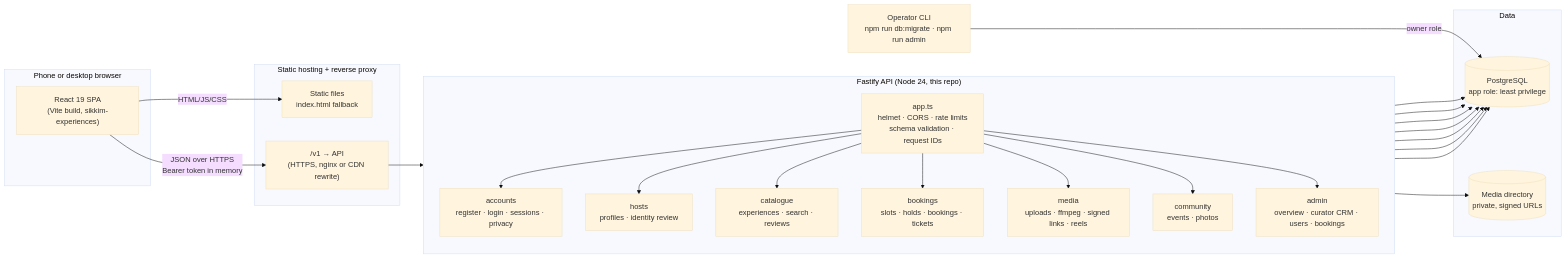
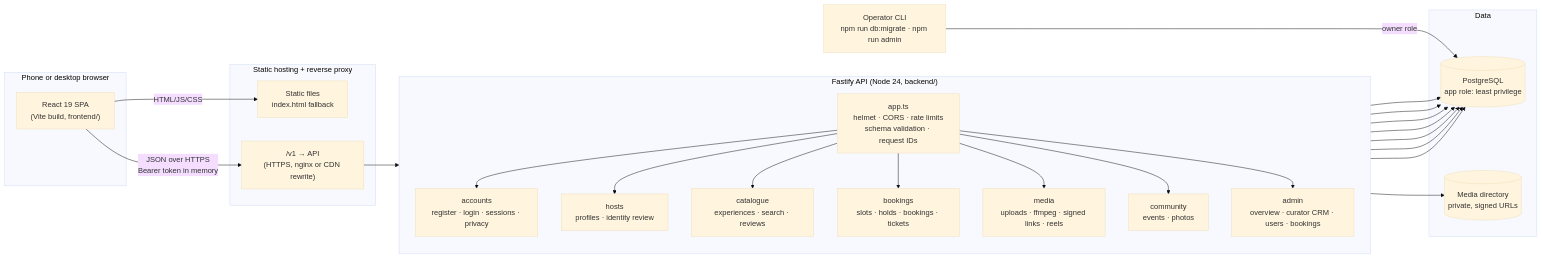
One commit to cdawork15/sikkim changed the first of 8 diagrams in docs/ARCHITECTURE.md. Above: the diagram before and after it, drawn with Mermaid (base theme). The commit also changed other lines of this file and 8 other files, not shown here.

First line of the commit message:
Organise as one repository: frontend/, backend/, docs/

````diff
--- a/docs/ARCHITECTURE.md
+++ b/docs/ARCHITECTURE.md
@@ -7,38 +7,38 @@
 ```mermaid
 flowchart LR
   subgraph Client["Phone or desktop browser"]
-    SPA["React 19 SPA<br/>(Vite build, sikkim-experiences)"]
+    SPA["React 19 SPA<br/>(Vite build, frontend/)"]
   end
 
   subgraph Edge["Static hosting + reverse proxy"]
     Static["Static files<br/>index.html fallback"]
     Proxy["/v1 → API<br/>(HTTPS, nginx or CDN rewrite)"]
   end
 
-  subgraph API["Fastify API (Node 24, this repo)"]
+  subgraph API["Fastify API (Node 24, backend/)"]
     direction TB
     Core["app.ts<br/>helmet · CORS · rate limits<br/>schema validation · request IDs"]
     Accounts["accounts<br/>register · login · sessions · privacy"]
     Hosts["hosts<br/>profiles · identity review"]
     Catalogue["catalogue<br/>experiences · search · reviews"]
     Bookings["bookings<br/>slots · holds · bookings · tickets"]
     Media["media<br/>uploads · ffmpeg · signed links · reels"]
     Community["community<br/>events · photos"]
     Admin["admin<br/>overview · curator CRM · users · bookings"]
     Core --> Accounts & Hosts & Catalogue & Bookings & Media & Community & Admin
   end
 
   subgraph Data["Data"]
     PG[("PostgreSQL<br/>app role: least privilege")]
     Disk[("Media directory<br/>private, signed URLs")]
   end
 
   Ops["Operator CLI<br/>npm run db:migrate · npm run admin"]
 
   SPA -- "HTML/JS/CSS" --> Static
   SPA -- "JSON over HTTPS<br/>Bearer token in memory" --> Proxy --> Core
   Accounts & Hosts & Catalogue & Bookings & Community & Admin --> PG
   Media --> PG
   Media --> Disk
   Ops -- "owner role" --> PG
 ```
````
